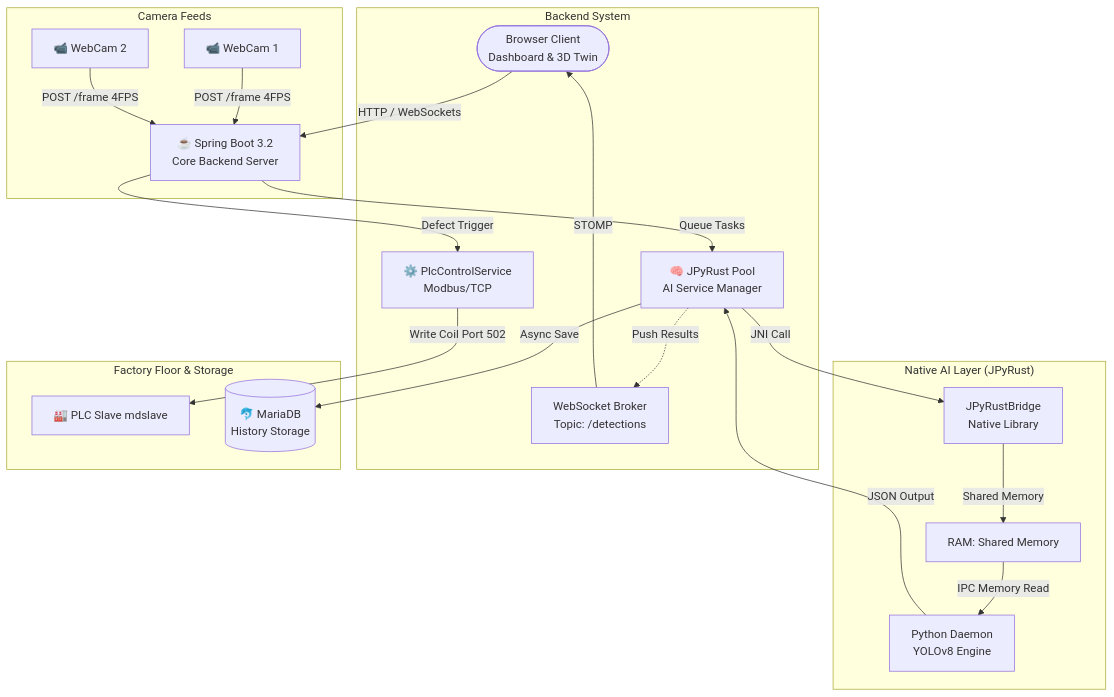
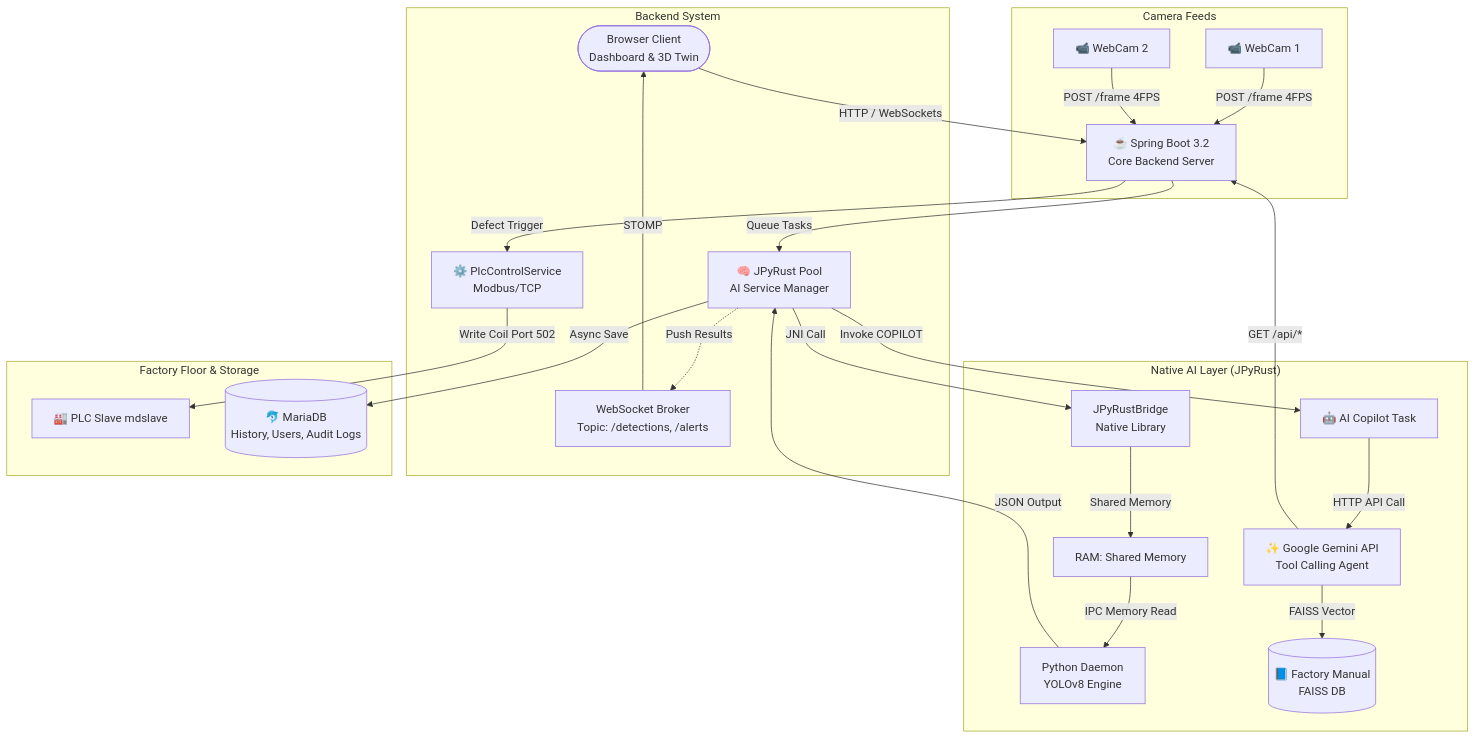
One commit to farmer0010/SmartFactory-Vision changed the first of 3 diagrams in README.md. Above: the diagram before and after it, drawn with Mermaid. The commit also changed other lines of this file and 48 other files, not shown here.

Commit message:
Refactor: remove all comments, secure secrets, update README and diagrams for Phase 7

````diff
--- a/README.md
+++ b/README.md
@@ -29,33 +30,39 @@
 ```mermaid
 graph TD
     %% Client and Entry Point
     Client(["Browser Client<br>Dashboard & 3D Twin"]) -->|HTTP / WebSockets| SpringBoot["☕ Spring Boot 3.2<br>Core Backend Server"]
 
     %% Camera Feeds
     subgraph Camera_Feeds ["Camera Feeds"]
         CAM1["📹 WebCam 1"] -->|POST /frame 4FPS| SpringBoot
         CAM2["📹 WebCam 2"] -->|POST /frame 4FPS| SpringBoot
     end
 
     %% Backend Area
     subgraph Backend_System ["Backend System"]
         SpringBoot -->|"Queue Tasks"| Pool["🧠 JPyRust Pool<br>AI Service Manager"]
-        Pool -.->|"Push Results"| WS["WebSocket Broker<br>Topic: /detections"]
+        Pool -.->|"Push Results"| WS["WebSocket Broker<br>Topic: /detections, /alerts"]
         WS -->|"STOMP"| Client
         SpringBoot -->|"Defect Trigger"| PLC_Service["⚙️ PlcControlService<br>Modbus/TCP"]
     end
 
     %% JPyRust Layer
     subgraph Native_AI_Layer ["Native AI Layer (JPyRust)"]
         Pool -->|"JNI Call"| Bridge["JPyRustBridge<br>Native Library"]
         Bridge -->|"Shared Memory"| SHM["RAM: Shared Memory"]
         SHM -->|"IPC Memory Read"| PythonDaemon["Python Daemon<br>YOLOv8 Engine"]
         PythonDaemon -->|"JSON Output"| Pool
+        
+        %% AI Copilot Layer
+        Pool -->|"Invoke COPILOT"| CopilotTask["🤖 AI Copilot Task"]
+        CopilotTask -->|"HTTP API Call"| Gemini["✨ Google Gemini API<br>Tool Calling Agent"]
+        Gemini -->|"FAISS Vector"| ManualStore[("📘 Factory Manual<br>FAISS DB")]
+        Gemini -->|"GET /api/*"| SpringBoot
     end
 
     %% Storage and Hardware Layer
     subgraph Factory_Storage ["Factory Floor & Storage"]
         PLC_Service -->|"Write Coil Port 502"| Slave["🏭 PLC Slave mdslave"]
-        Pool -->|"Async Save"| DB[("🐬 MariaDB<br>History Storage")]
+        Pool -->|"Async Save"| DB[("🐬 MariaDB<br>History, Users, Audit Logs")]
     end
 ```
````
